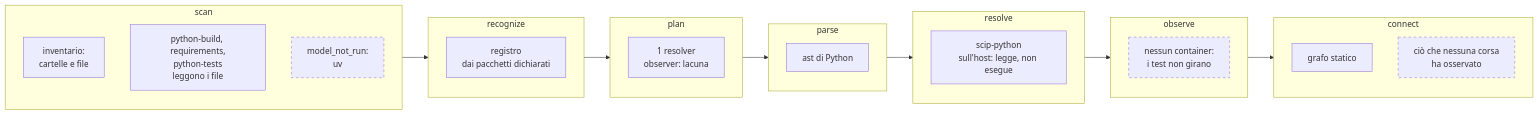
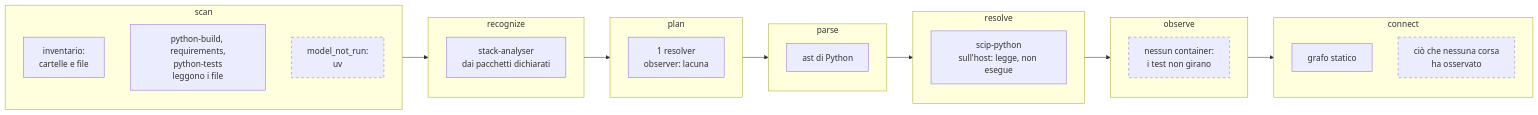
The fourth of 4 diagrams in docs/plugins/codebase-map.md (acaprino/daodan), drawn with Mermaid before and after one commit. The commit also changed other lines of this file and 9 other files, not shown here.

````diff
--- a/docs/plugins/codebase-map.md
+++ b/docs/plugins/codebase-map.md
@@ -192,29 +192,29 @@
 ```mermaid
 flowchart LR
   subgraph scan
     b0["inventario:<br>cartelle e file"]
     b1["python-build, requirements,<br>python-tests<br>leggono i file"]
     b2["model_not_run:<br>uv"]:::gap
   end
   subgraph recognize
-    c1[registro<br>dai pacchetti dichiarati]
+    c1[stack-analyser<br>dai pacchetti dichiarati]
   end
   subgraph plan
     d1["1 resolver<br>observer: lacuna"]
   end
   subgraph parse
     a1[ast di Python]
   end
   subgraph resolve
     e1["scip-python<br>sull'host: legge, non esegue"]
   end
   subgraph observe
     f1["nessun container:<br>i test non girano"]:::gap
   end
   subgraph connect
     g1[grafo statico]
     g2[ciò che nessuna corsa<br>ha osservato]:::gap
   end
   scan --> recognize --> plan --> parse --> resolve --> observe --> connect
   classDef gap stroke-dasharray: 5 5
 ```
````
